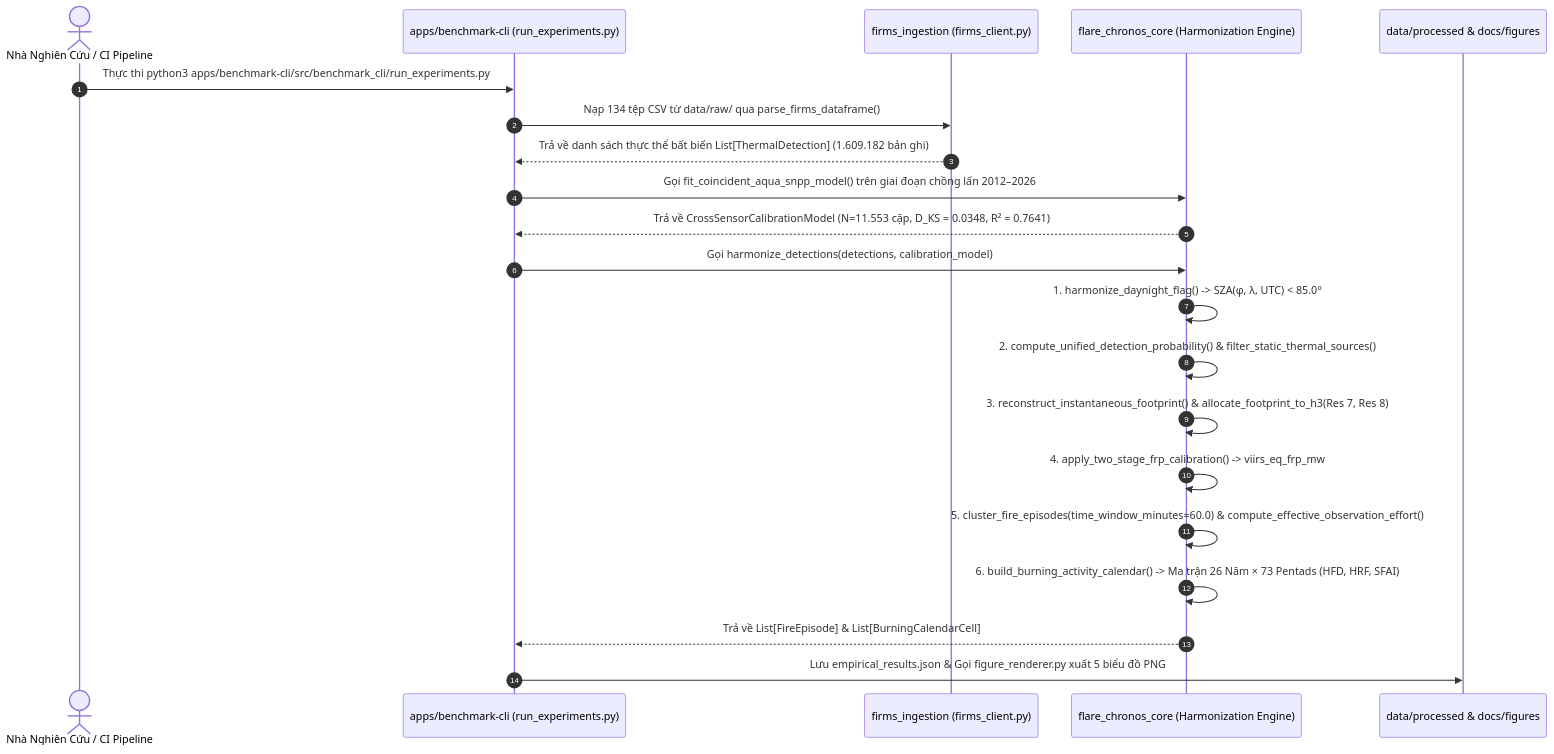
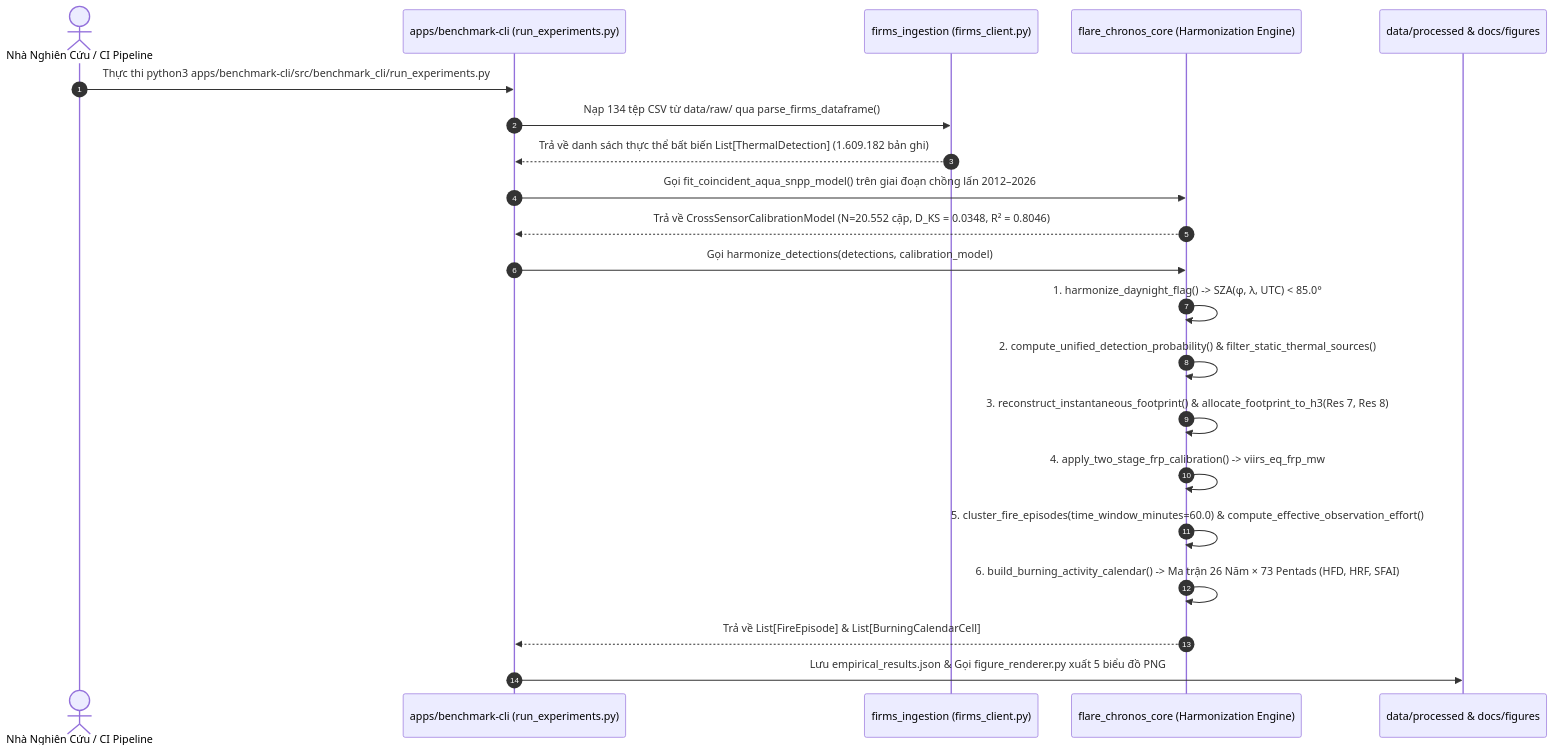
One commit to the-aris-club/flare-chronos changed the second of 3 diagrams in exports/REPORT.md. Above: the diagram before and after it, drawn with Mermaid. The commit also changed other lines of this file and 27 other files, not shown here.

````diff
--- a/exports/REPORT.md
+++ b/exports/REPORT.md
@@ -126,24 +126,24 @@
 ```mermaid
 sequenceDiagram
     autonumber
     actor Dev as Nhà Nghiên Cứu / CI Pipeline
     participant CLI as apps/benchmark-cli (run_experiments.py)
     participant Ingest as firms_ingestion (firms_client.py)
     participant Core as flare_chronos_core (Harmonization Engine)
     participant Store as data/processed & docs/figures
 
     Dev->>CLI: Thực thi python3 apps/benchmark-cli/src/benchmark_cli/run_experiments.py
     CLI->>Ingest: Nạp 134 tệp CSV từ data/raw/ qua parse_firms_dataframe()
     Ingest-->>CLI: Trả về danh sách thực thể bất biến List[ThermalDetection] (1.609.182 bản ghi)
     CLI->>Core: Gọi fit_coincident_aqua_snpp_model() trên giai đoạn chồng lấn 2012–2026
-    Core-->>CLI: Trả về CrossSensorCalibrationModel (N=11.553 cặp, D_KS = 0.0348, R² = 0.7641)
+    Core-->>CLI: Trả về CrossSensorCalibrationModel (N=20.552 cặp, D_KS = 0.0348, R² = 0.8046)
     CLI->>Core: Gọi harmonize_detections(detections, calibration_model)
     Core->>Core: 1. harmonize_daynight_flag() -> SZA(φ, λ, UTC) < 85.0°
     Core->>Core: 2. compute_unified_detection_probability() & filter_static_thermal_sources()
     Core->>Core: 3. reconstruct_instantaneous_footprint() & allocate_footprint_to_h3(Res 7, Res 8)
     Core->>Core: 4. apply_two_stage_frp_calibration() -> viirs_eq_frp_mw
     Core->>Core: 5. cluster_fire_episodes(time_window_minutes=60.0) & compute_effective_observation_effort()
     Core->>Core: 6. build_burning_activity_calendar() -> Ma trận 26 Năm × 73 Pentads (HFD, HRF, SFAI)
     Core-->>CLI: Trả về List[FireEpisode] & List[BurningCalendarCell]
     CLI->>Store: Lưu empirical_results.json & Gọi figure_renderer.py xuất 5 biểu đồ PNG
 ```
````
